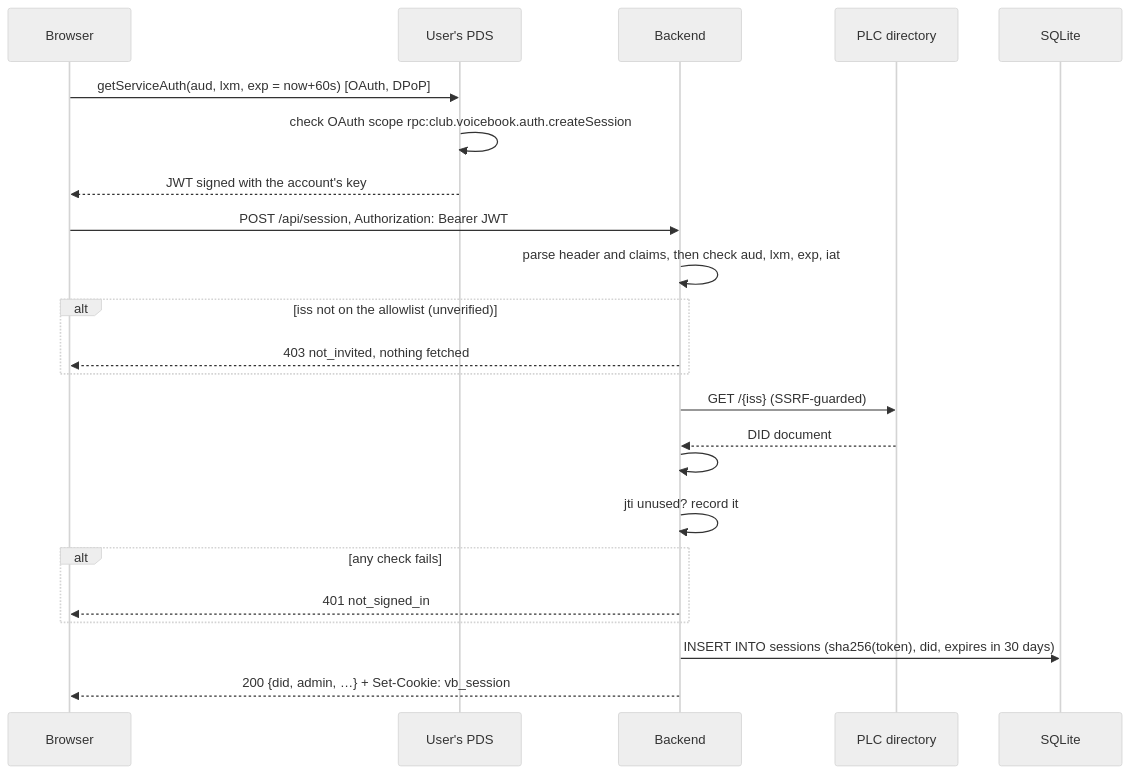
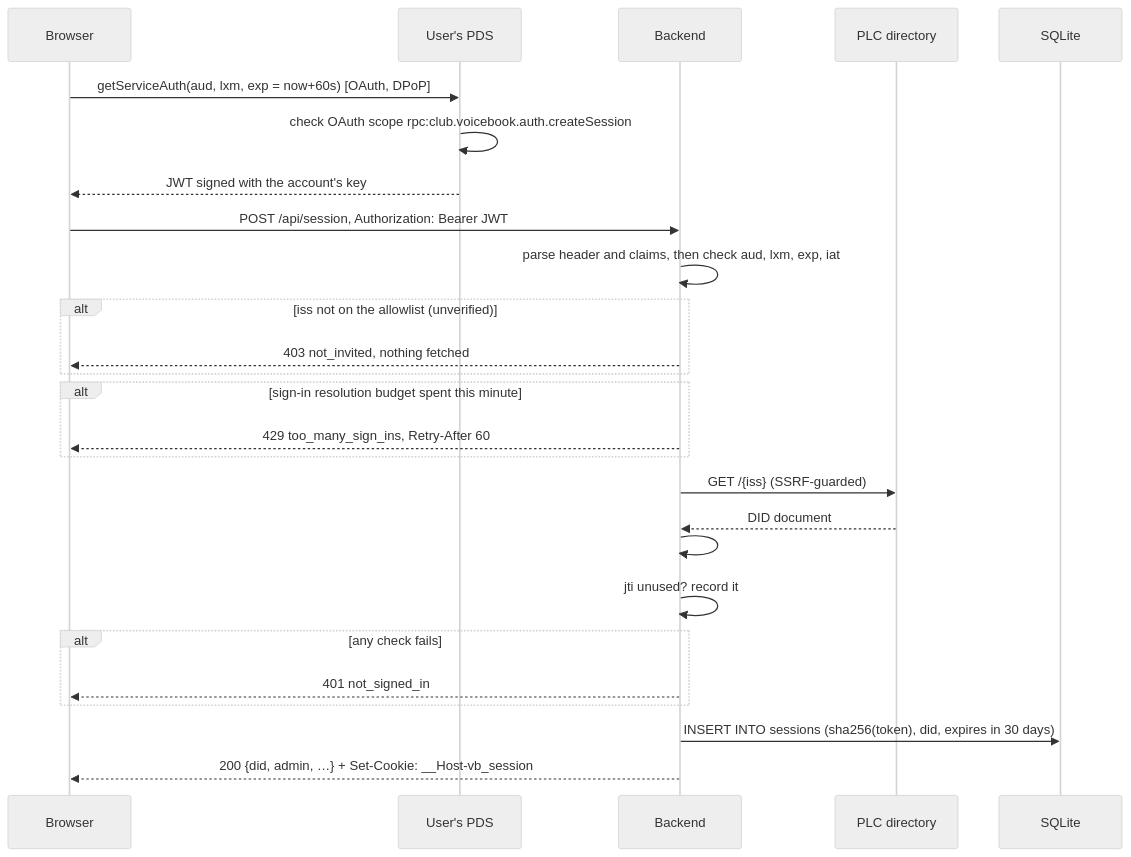
Before and after one commit to tessprime/voicebook.club: the diagram in docs/api/session-create.md, drawn with Mermaid (neutral theme). The commit also changed other lines of this file and 18 other files, not shown here.

````diff
--- a/docs/api/session-create.md
+++ b/docs/api/session-create.md
@@ -67,25 +69,28 @@
 ```mermaid
 sequenceDiagram
     participant B as Browser
     participant P as User's PDS
     participant A as Backend
     participant L as PLC directory
     participant D as SQLite
     B->>P: getServiceAuth(aud, lxm, exp = now+60s) [OAuth, DPoP]
     P->>P: check OAuth scope rpc:club.voicebook.auth.createSession
     P-->>B: JWT signed with the account's key
     B->>A: POST /api/session, Authorization: Bearer JWT
     A->>A: parse header and claims, then check aud, lxm, exp, iat
     alt iss not on the allowlist (unverified)
         A-->>B: 403 not_invited, nothing fetched
     end
+    alt sign-in resolution budget spent this minute
+        A-->>B: 429 too_many_sign_ins, Retry-After 60
+    end
     A->>L: GET /{iss} (SSRF-guarded)
     L-->>A: DID document
     A->>A: #atproto key → verify signature (ES256K/ES256, low-S)
     A->>A: jti unused? record it
     alt any check fails
         A-->>B: 401 not_signed_in
     end
     A->>D: INSERT INTO sessions (sha256(token), did, expires in 30 days)
-    A-->>B: 200 {did, admin, …} + Set-Cookie: vb_session
+    A-->>B: 200 {did, admin, …} + Set-Cookie: __Host-vb_session
 ```
````
